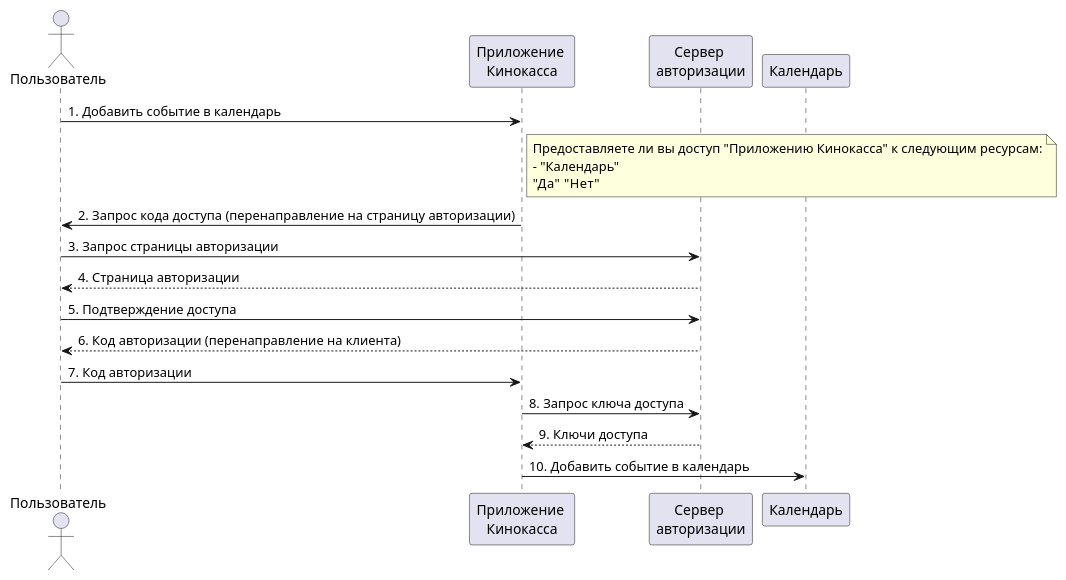
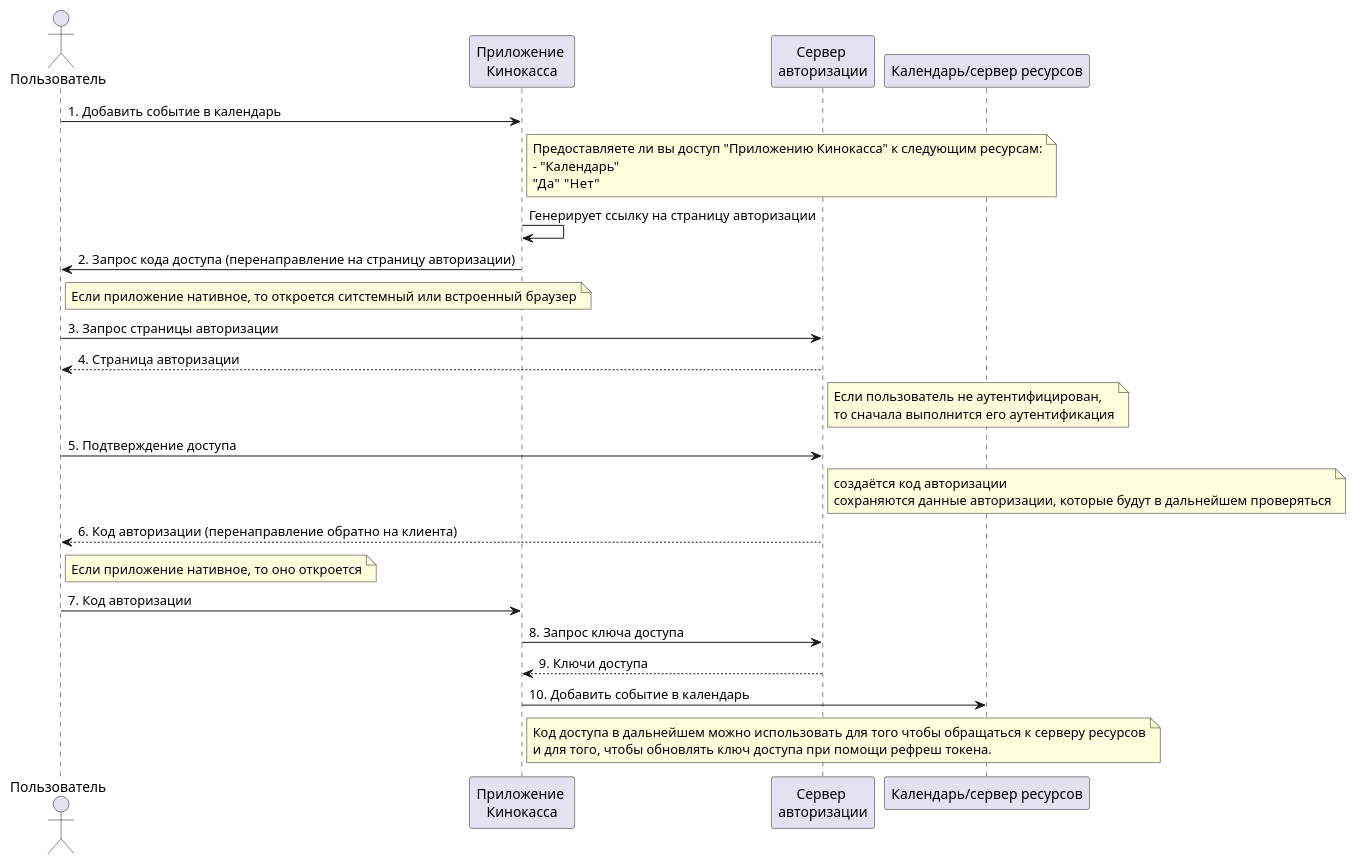
Before and after one commit to olaaa/plant-uml-oauth-oidc: the diagram in Authorization code grant.puml, drawn with PlantUML. The commit also changed 1 other file, not shown here.

```diff
--- a/Authorization code grant.puml
+++ b/Authorization code grant.puml
@@ -1,24 +1,43 @@
 @startuml
 actor Пользователь
 participant "Приложение \nКинокасса" as Client_app
 participant "Сервер \nавторизации" as Auth
-participant "Календарь" as Calendar
+participant "Календарь/сервер ресурсов" as Calendar
 
 Пользователь -> Client_app: 1. Добавить событие в календарь
 note right of Client_app
     Предоставляете ли вы доступ "Приложению Кинокасса" к следующим ресурсам:
     - "Календарь"
     "Да"  "Нет"
 end note
+Client_app -> Client_app: Генерирует ссылку на страницу авторизации
 Client_app -> Пользователь: 2. Запрос кода доступа (перенаправление на страницу авторизации)
+note right of Пользователь
+ Если приложение нативное, то откроется ситстемный или встроенный браузер
+end note
 Пользователь -> Auth: 3. Запрос страницы авторизации
 Auth --> Пользователь: 4. Страница авторизации
+note right of Auth
+ Если пользователь не аутентифицирован,
+ то сначала выполнится его аутентификация
+end note
 Пользователь -> Auth: 5. Подтверждение доступа
-Auth --> Пользователь: 6. Код авторизации (перенаправление на клиента)
+note right of Auth
+создаётся код авторизации
+сохраняются данные авторизации, которые будут в дальнейшем проверяться
+end note
+Auth --> Пользователь: 6. Код авторизации (перенаправление обратно на клиента)
+note right of Пользователь
+ Если приложение нативное, то оно откроется
+end note
 Пользователь -> Client_app: 7. Код авторизации
 Client_app -> Auth: 8. Запрос ключа доступа
 Auth --> Client_app: 9. Ключи доступа
 
 Client_app -> Calendar: 10. Добавить событие в календарь
+note right of Client_app
+ Код доступа в дальнейшем можно использовать для того чтобы обращаться к серверу ресурсов
+ и для того, чтобы обновлять ключ доступа при помощи рефреш токена.
+end note
 
 @enduml
```
